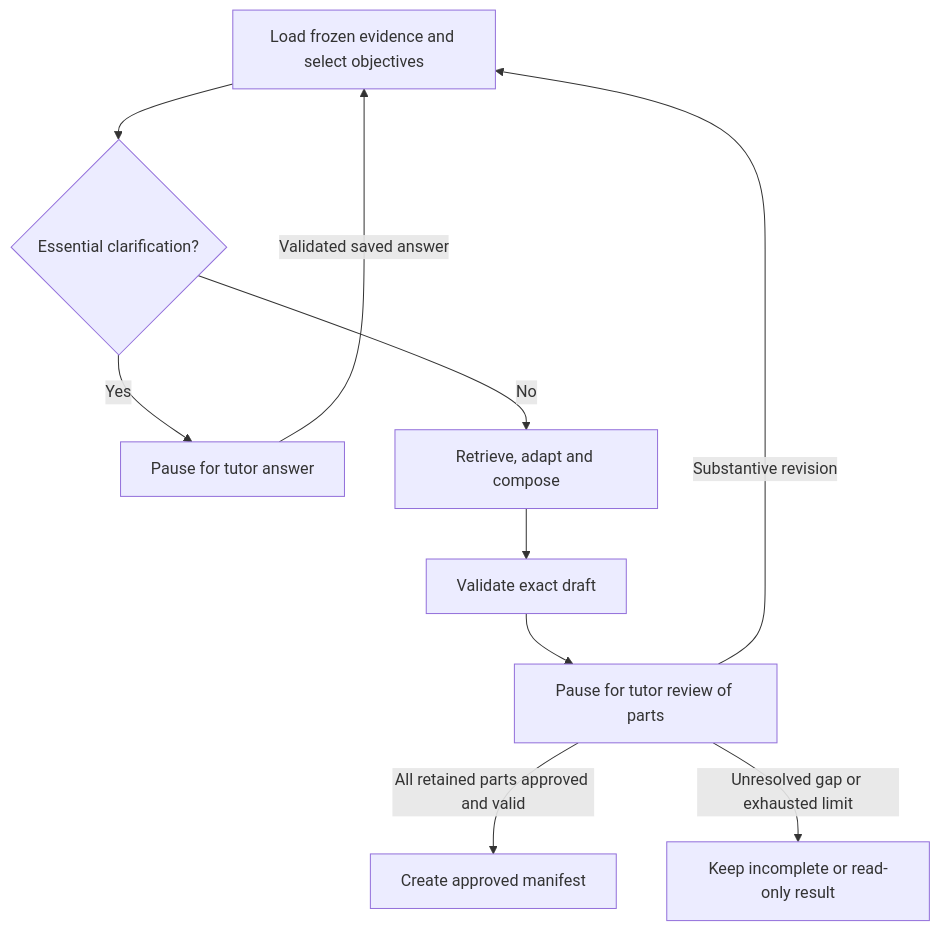
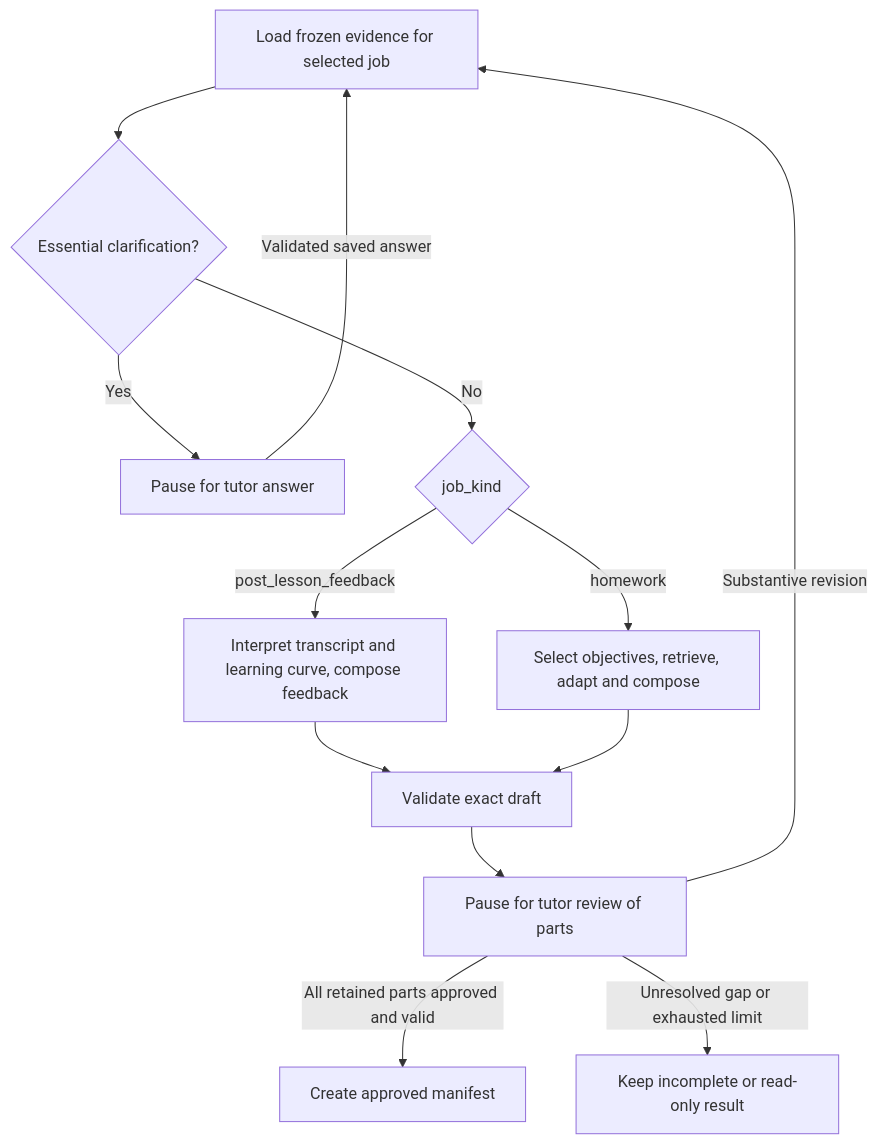
The second of 2 diagrams in Architecture.md (stan-playground/Tutor-2), drawn with Mermaid before and after one commit. The commit also changed other lines of this file and 34 other files, not shown here.

First line of the commit message:
docs: add post-lesson feedback and repository plan

````diff
--- a/Architecture.md
+++ b/Architecture.md
@@ -287,12 +303,15 @@
 ```mermaid
 flowchart TD
-    Evidence[Load frozen evidence and select objectives] --> Clarify{Essential clarification?}
+    Evidence[Load frozen evidence for selected job] --> Clarify{Essential clarification?}
     Clarify -->|Yes| Question[Pause for tutor answer]
     Question -->|Validated saved answer| Evidence
-    Clarify -->|No| Generate[Retrieve, adapt and compose]
+    Clarify -->|No| Job{job_kind}
+    Job -->|homework| Generate[Select objectives, retrieve, adapt and compose]
+    Job -->|post_lesson_feedback| Feedback[Interpret transcript and learning curve, compose feedback]
+    Feedback --> Validate
     Generate --> Validate[Validate exact draft]
     Validate --> Review[Pause for tutor review of parts]
     Review -->|Substantive revision| Evidence
     Review -->|All retained parts approved and valid| Ready[Create approved manifest]
     Review -->|Unresolved gap or exhausted limit| Incomplete[Keep incomplete or read-only result]
 ```
````
